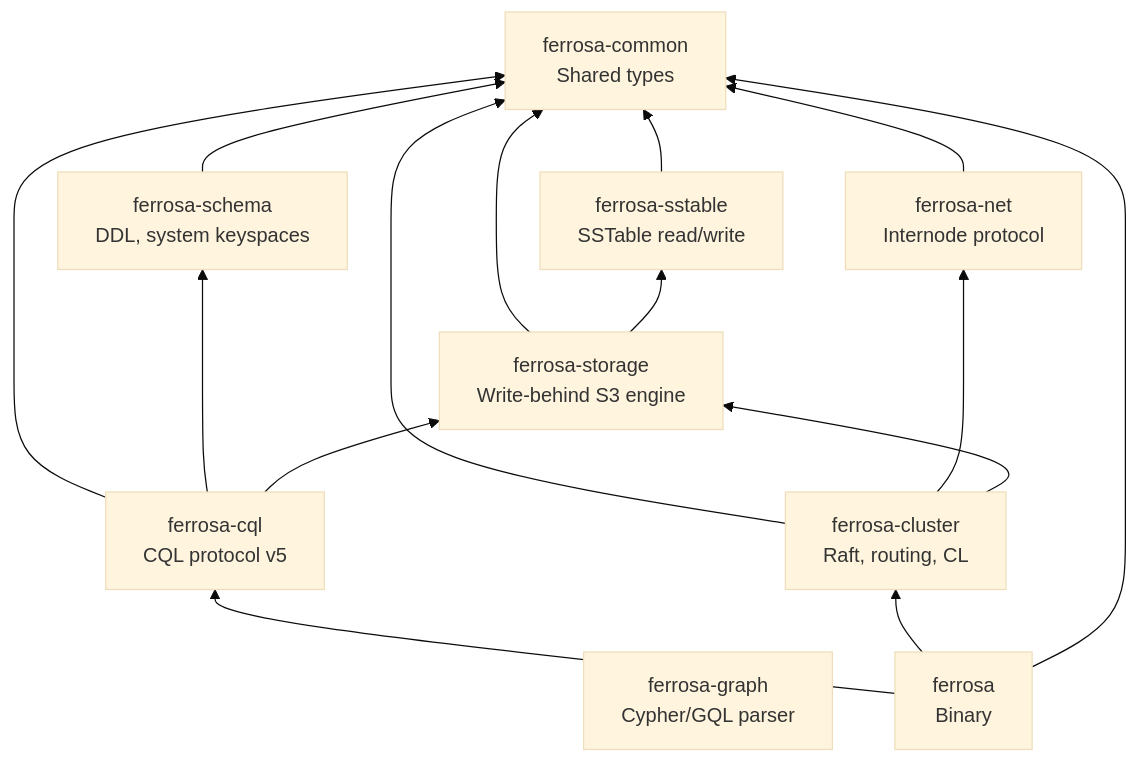
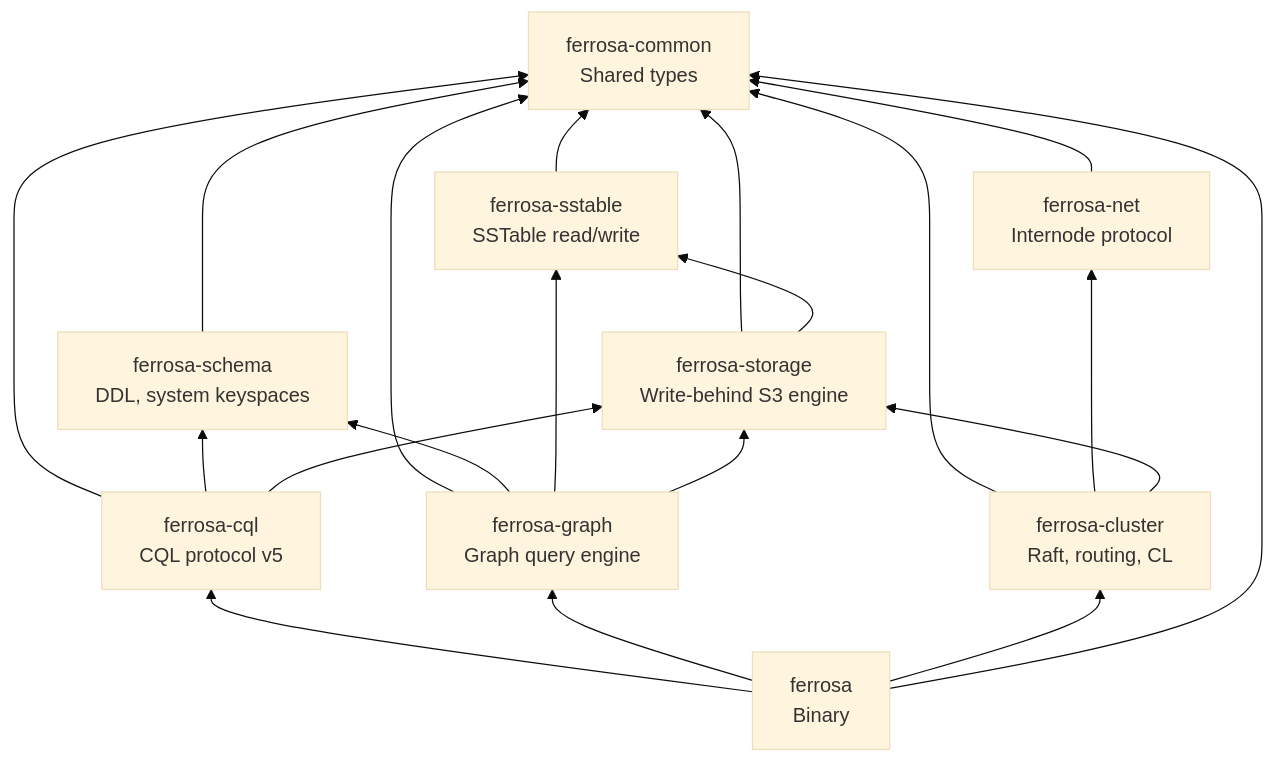
One commit to ferrosadb/ferrosa changed the first of 2 diagrams in specs/components.md. Above: the diagram before and after it, drawn with Mermaid (base theme). The commit also changed other lines of this file and 4 other files, not shown here.

First line of the commit message:
docs: update architecture specs for CQL, graph, and binary completion

````diff
--- a/specs/components.md
+++ b/specs/components.md
@@ -12,27 +12,32 @@
 ```mermaid
 graph BT
     Common[ferrosa-common<br/>Shared types]
     SST[ferrosa-sstable<br/>SSTable read/write]
     Net[ferrosa-net<br/>Internode protocol]
     Storage[ferrosa-storage<br/>Write-behind S3 engine]
     Schema[ferrosa-schema<br/>DDL, system keyspaces]
     CQL[ferrosa-cql<br/>CQL protocol v5]
-    Graph[ferrosa-graph<br/>Cypher/GQL parser]
+    Graph[ferrosa-graph<br/>Graph query engine]
     Cluster[ferrosa-cluster<br/>Raft, routing, CL]
     Bin[ferrosa<br/>Binary]
 
     SST --> Common
     Net --> Common
     Storage --> Common
     Storage --> SST
     Schema --> Common
     CQL --> Common
     CQL --> Schema
     CQL --> Storage
+    Graph --> Common
+    Graph --> Schema
+    Graph --> SST
+    Graph --> Storage
     Cluster --> Common
     Cluster --> Net
     Cluster --> Storage
     Bin --> CQL
+    Bin --> Graph
     Bin --> Cluster
     Bin --> Common
 ```
````
